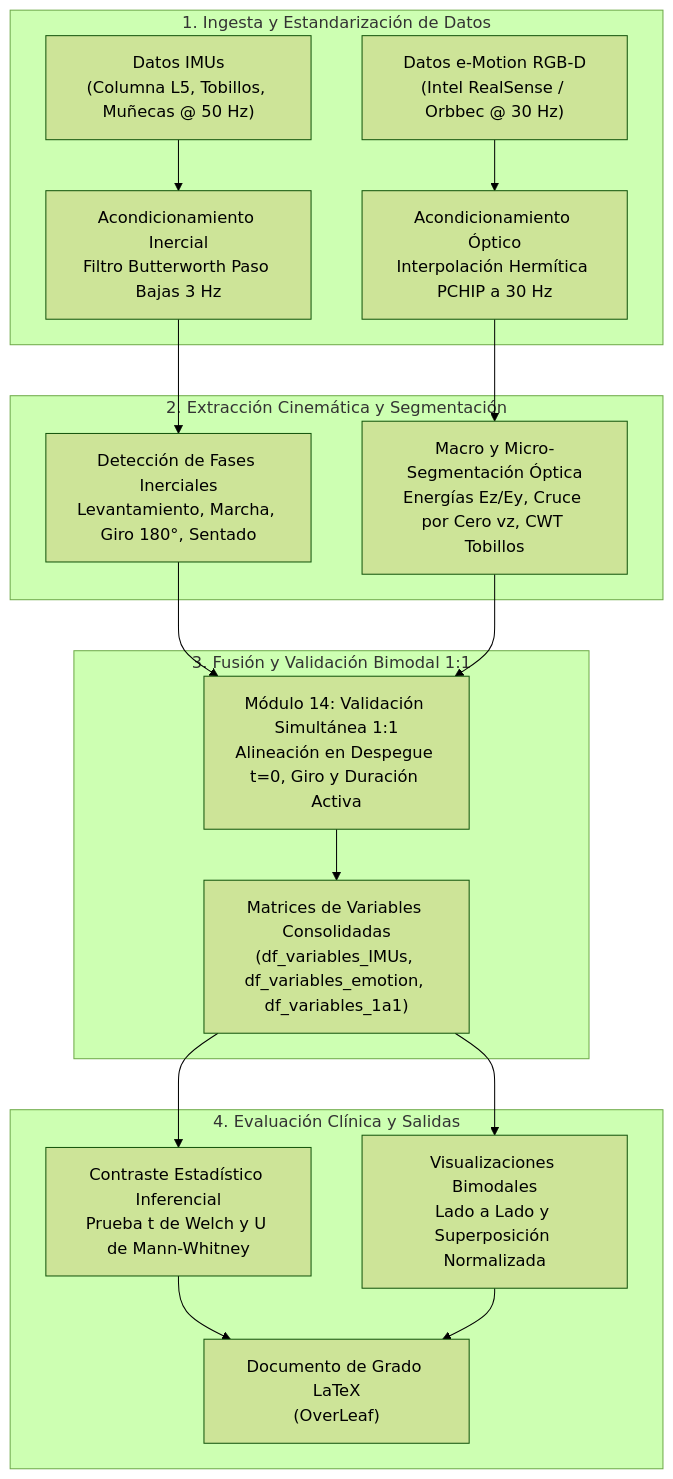
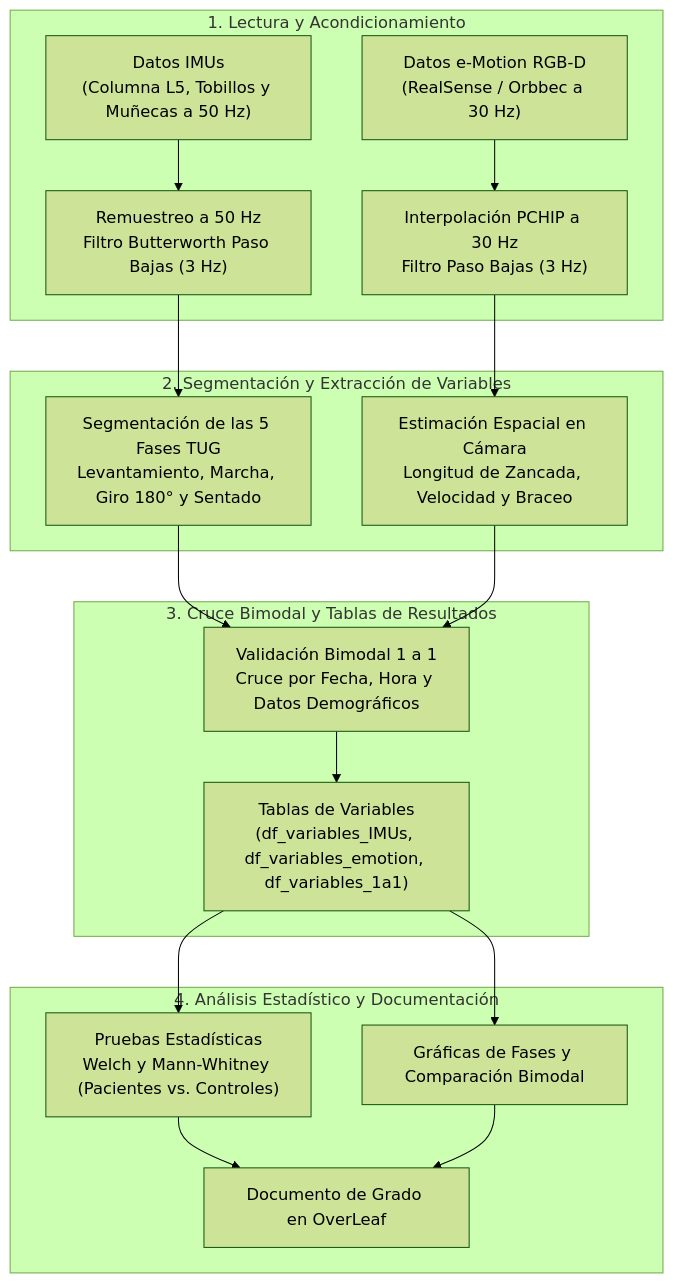
The diagram in README.md (TUGPDGII/PDG-TUG), drawn with Mermaid (forest theme) before and after one commit. The commit also changed other lines of this file and 4 other files, not shown here.

````diff
--- a/README.md
+++ b/README.md
@@ -80,25 +94,25 @@
 ```mermaid
 flowchart TD
-    subgraph INGESTA["1. Ingesta y Estandarización de Datos"]
-        D1["Datos IMUs<br/>(Columna L5, Tobillos, Muñecas @ 50 Hz)"] --> P1["Acondicionamiento Inercial<br/>Filtro Butterworth Paso Bajas 3 Hz"]
-        D2["Datos e-Motion RGB-D<br/>(Intel RealSense / Orbbec @ 30 Hz)"] --> P2["Acondicionamiento Óptico<br/>Interpolación Hermítica PCHIP a 30 Hz"]
+    subgraph INGESTA["1. Lectura y Acondicionamiento"]
+        D1["Datos IMUs<br/>(Columna L5, Tobillos y Muñecas a 50 Hz)"] --> P1["Remuestreo a 50 Hz<br/>Filtro Butterworth Paso Bajas (3 Hz)"]
+        D2["Datos e-Motion RGB-D<br/>(RealSense / Orbbec a 30 Hz)"] --> P2["Interpolación PCHIP a 30 Hz<br/>Filtro Paso Bajas (3 Hz)"]
     end
 
-    subgraph PROCESAMIENTO["2. Extracción Cinemática y Segmentación"]
-        P1 --> F1["Detección de Fases Inerciales<br/>Levantamiento, Marcha, Giro 180°, Sentado"]
-        P2 --> F2["Macro y Micro-Segmentación Óptica<br/>Energías Ez/Ey, Cruce por Cero vz, CWT Tobillos"]
+    subgraph SEGMENTACION["2. Segmentación y Extracción de Variables"]
+        P1 --> F1["Segmentación de las 5 Fases TUG<br/>Levantamiento, Marcha, Giro 180° y Sentado"]
+        P2 --> F2["Estimación Espacial en Cámara<br/>Longitud de Zancada, Velocidad y Braceo"]
     end
 
-    subgraph FUSION["3. Fusión y Validación Bimodal 1:1"]
-        F1 --> VAL["Módulo 14: Validación Simultánea 1:1<br/>Alineación en Despegue t=0, Giro y Duración Activa"]
+    subgraph CRUCE["3. Cruce Bimodal y Tablas de Resultados"]
+        F1 --> VAL["Validación Bimodal 1 a 1<br/>Cruce por Fecha, Hora y Datos Demográficos"]
         F2 --> VAL
-        VAL --> MAT["Matrices de Variables Consolidadas<br/>(df_variables_IMUs, df_variables_emotion, df_variables_1a1)"]
+        VAL --> MAT["Tablas de Variables<br/>(df_variables_IMUs, df_variables_emotion, df_variables_1a1)"]
     end
 
-    subgraph ANALISIS["4. Evaluación Clínica y Salidas"]
-        MAT --> EST["Contraste Estadístico Inferencial<br/>Prueba t de Welch y U de Mann-Whitney"]
-        MAT --> VIS["Visualizaciones Bimodales<br/>Lado a Lado y Superposición Normalizada"]
-        EST --> DOC["Documento de Grado LaTeX<br/>(OverLeaf)"]
+    subgraph SALIDAS["4. Análisis Estadístico y Documentación"]
+        MAT --> EST["Pruebas Estadísticas<br/>Welch y Mann-Whitney (Pacientes vs. Controles)"]
+        MAT --> VIS["Gráficas de Fases y Comparación Bimodal"]
+        EST --> DOC["Documento de Grado en OverLeaf"]
         VIS --> DOC
     end
 ```
````
